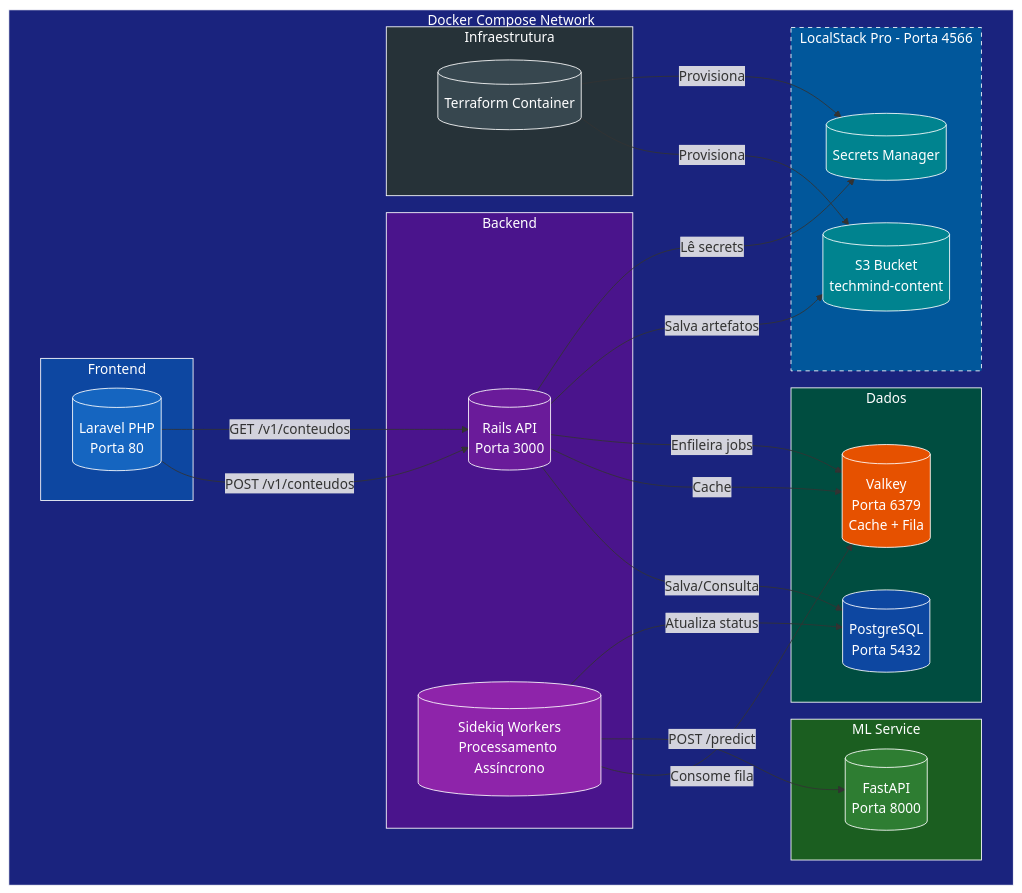
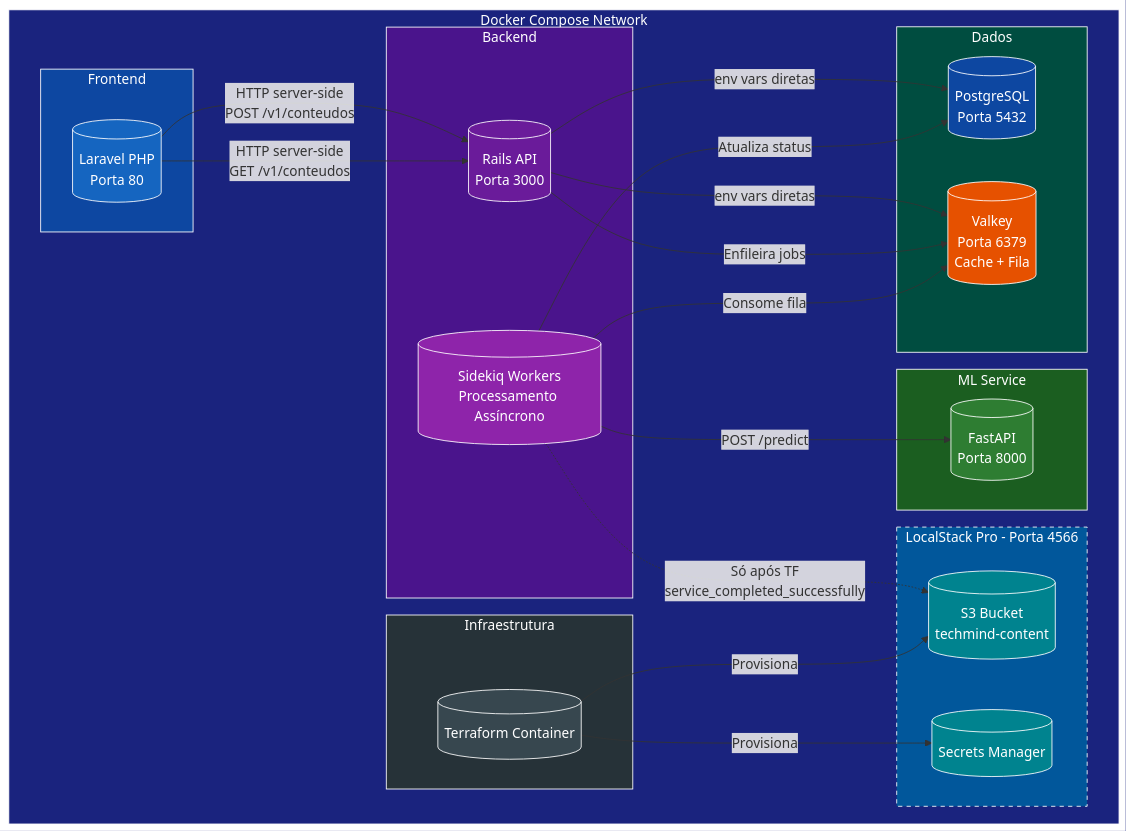
Before and after one commit to DessimA/tech-mind: the second of 5 diagrams in docs/03-arquitetura.md, drawn with Mermaid. The commit also changed other lines of this file, not shown here.

Commit message:
fix: remove Secrets Manager from boot, Sidekiq waits for Terraform, Laravel calls Rails server-side

````diff
--- a/docs/03-arquitetura.md
+++ b/docs/03-arquitetura.md
@@ -17,61 +17,60 @@
 ```mermaid
 flowchart TB
     subgraph Docker [Docker Compose Network]
         subgraph Frontend [Frontend]
             LARAVEL[("Laravel PHP<br/>Porta 80")]
         end
 
         subgraph Backend [Backend]
             RAILS[("Rails API<br/>Porta 3000")]
             SIDEKIQ[("Sidekiq Workers<br/>Processamento Assíncrono")]
         end
 
         subgraph ML [ML Service]
             FASTAPI[("FastAPI<br/>Porta 8000")]
         end
 
         subgraph Dados [Dados]
             PG[("PostgreSQL<br/>Porta 5432")]
             VALKEY[("Valkey<br/>Porta 6379<br/>Cache + Fila")]
         end
 
         subgraph AWS [LocalStack Pro - Porta 4566]
             S3[("S3 Bucket<br/>techmind-content")]
             SM[("Secrets Manager")]
         end
 
         subgraph IaC [Infraestrutura]
             TF[("Terraform Container")]
         end
     end
 
-    LARAVEL -->|POST /v1/conteudos| RAILS
-    LARAVEL -->|GET /v1/conteudos| RAILS
-    RAILS -->|Salva/Consulta| PG
-    RAILS -->|Cache| VALKEY
+    LARAVEL -->|HTTP server-side<br/>POST /v1/conteudos| RAILS
+    LARAVEL -->|HTTP server-side<br/>GET /v1/conteudos| RAILS
+    RAILS -->|env vars diretas| PG
+    RAILS -->|env vars diretas| VALKEY
     RAILS -->|Enfileira jobs| VALKEY
     SIDEKIQ -->|Consome fila| VALKEY
     SIDEKIQ -->|POST /predict| FASTAPI
     SIDEKIQ -->|Atualiza status| PG
+    SIDEKIQ -.->|Só após TF<br/>service_completed_successfully| S3
     TF -->|Provisiona| S3
     TF -->|Provisiona| SM
-    RAILS -->|Salva artefatos| S3
-    RAILS -->|Lê secrets| SM
 
     style Docker fill:#1A237E,color:#fff,stroke:#fff
     style Frontend fill:#0D47A1,color:#fff,stroke:#fff
     style LARAVEL fill:#1565C0,color:#fff,stroke:#fff
     style Backend fill:#4A148C,color:#fff,stroke:#fff
     style RAILS fill:#6A1B9A,color:#fff,stroke:#fff
     style SIDEKIQ fill:#8E24AA,color:#fff,stroke:#fff
     style ML fill:#1B5E20,color:#fff,stroke:#fff
     style FASTAPI fill:#2E7D32,color:#fff,stroke:#fff
     style Dados fill:#004D40,color:#fff,stroke:#fff
     style PG fill:#0D47A1,color:#fff,stroke:#fff
     style VALKEY fill:#E65100,color:#fff,stroke:#fff
     style AWS fill:#01579B,color:#fff,stroke:#fff,stroke-dasharray: 5 5
     style S3 fill:#00838F,color:#fff,stroke:#fff
     style SM fill:#00838F,color:#fff,stroke:#fff
     style IaC fill:#263238,color:#fff,stroke:#fff
     style TF fill:#37474F,color:#fff,stroke:#fff
 ```
````
